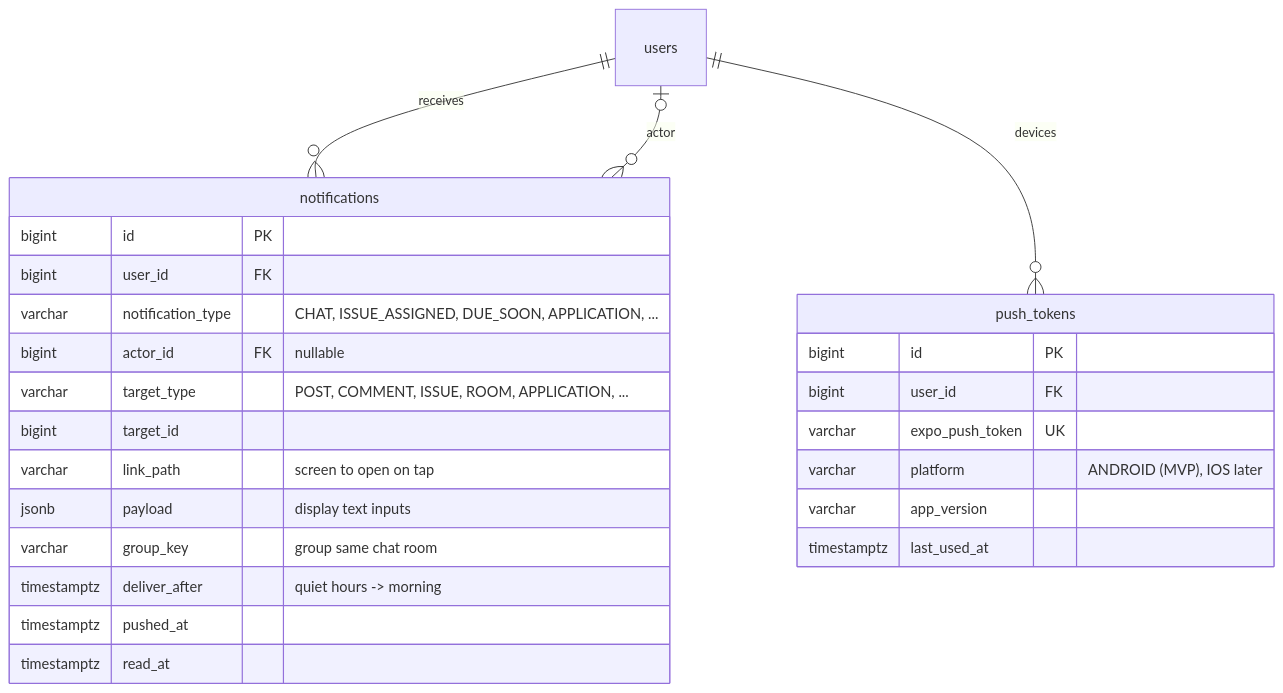
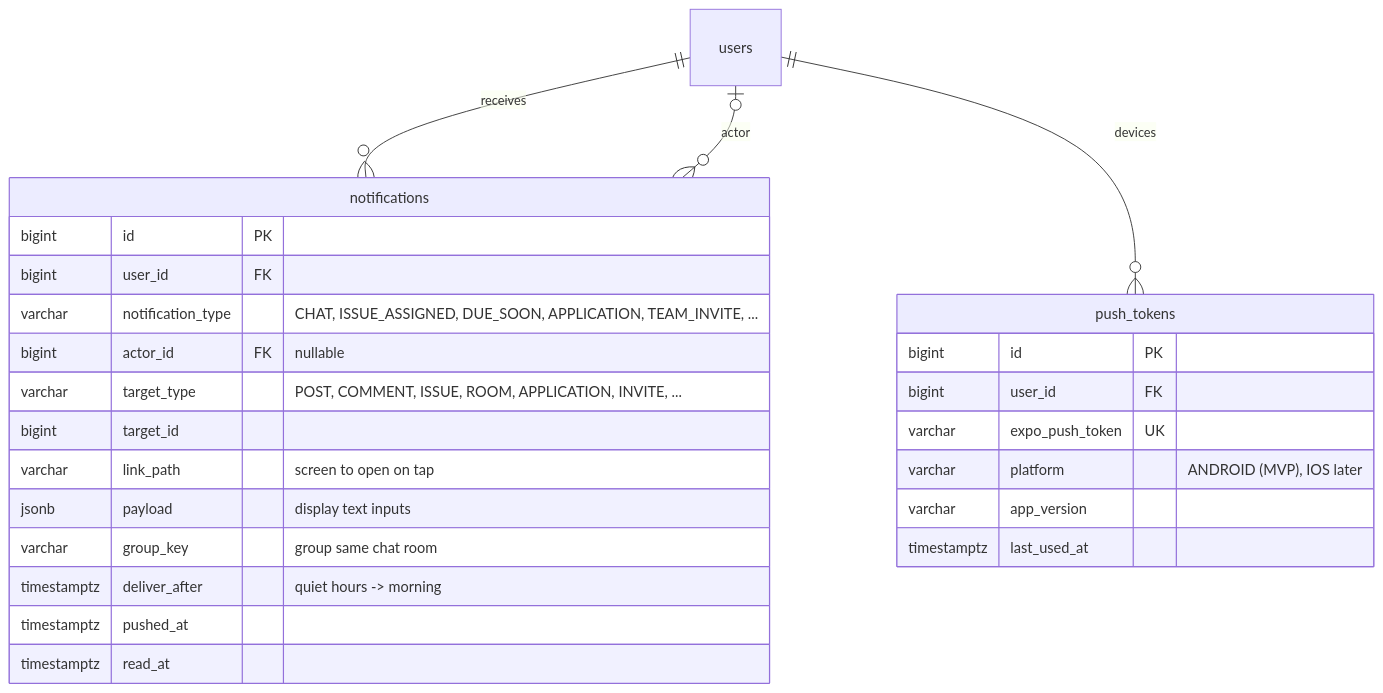
One commit to likelion-backendschool-9th/Linker changed the eighth of 11 diagrams in docs/development/01-erd.md. Above: the diagram before and after it, drawn with Mermaid. The commit also changed other lines of this file and 8 other files, not shown here.

First line of the commit message:
docs: slim invite landing and add in-app TEAM_INVITE entry (#155)

````diff
--- a/docs/development/01-erd.md
+++ b/docs/development/01-erd.md
@@ -741,29 +741,29 @@
 ```mermaid
 erDiagram
   users ||--o{ notifications : "receives"
   users |o--o{ notifications : "actor"
   users ||--o{ push_tokens : "devices"
 
   notifications {
     bigint id PK
     bigint user_id FK
-    varchar notification_type "CHAT, ISSUE_ASSIGNED, DUE_SOON, APPLICATION, ..."
+    varchar notification_type "CHAT, ISSUE_ASSIGNED, DUE_SOON, APPLICATION, TEAM_INVITE, ..."
     bigint actor_id FK "nullable"
-    varchar target_type "POST, COMMENT, ISSUE, ROOM, APPLICATION, ..."
+    varchar target_type "POST, COMMENT, ISSUE, ROOM, APPLICATION, INVITE, ..."
     bigint target_id
     varchar link_path "screen to open on tap"
     jsonb payload "display text inputs"
     varchar group_key "group same chat room"
     timestamptz deliver_after "quiet hours -> morning"
     timestamptz pushed_at
     timestamptz read_at
   }
   push_tokens {
     bigint id PK
     bigint user_id FK
     varchar expo_push_token UK
     varchar platform "ANDROID (MVP), IOS later"
     varchar app_version
     timestamptz last_used_at
   }
 ```
````
